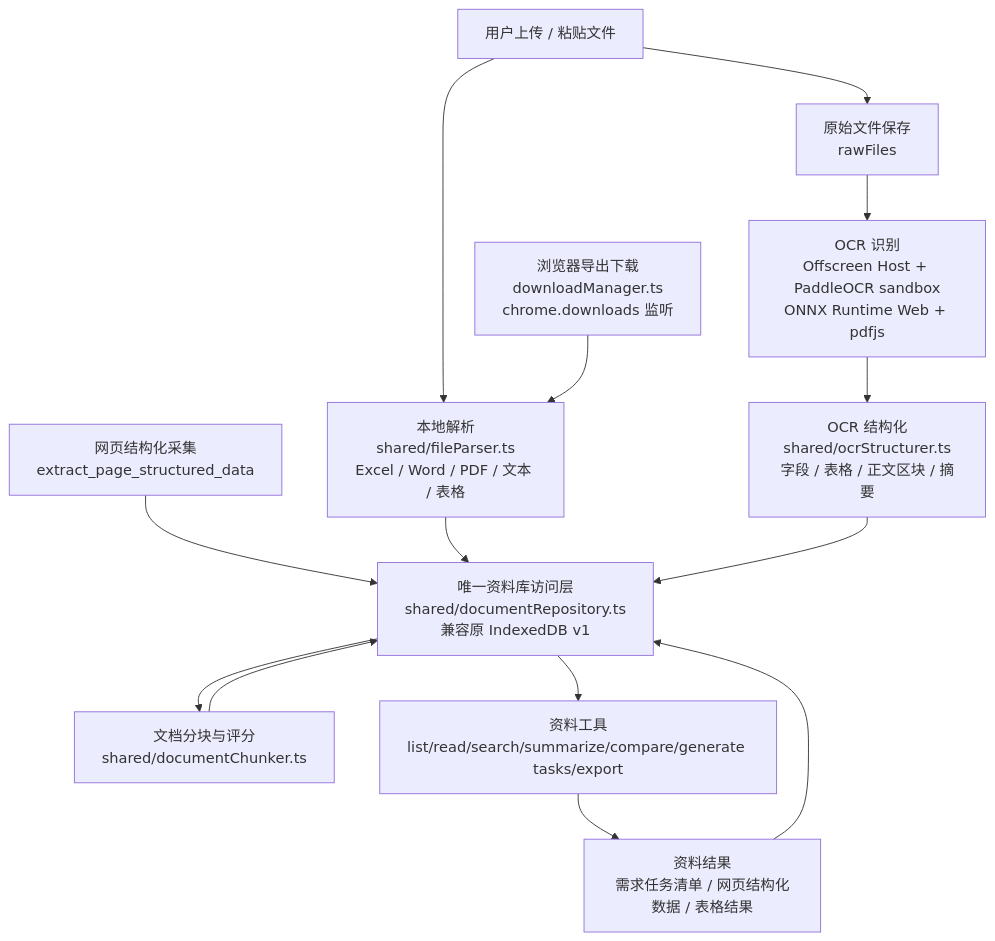
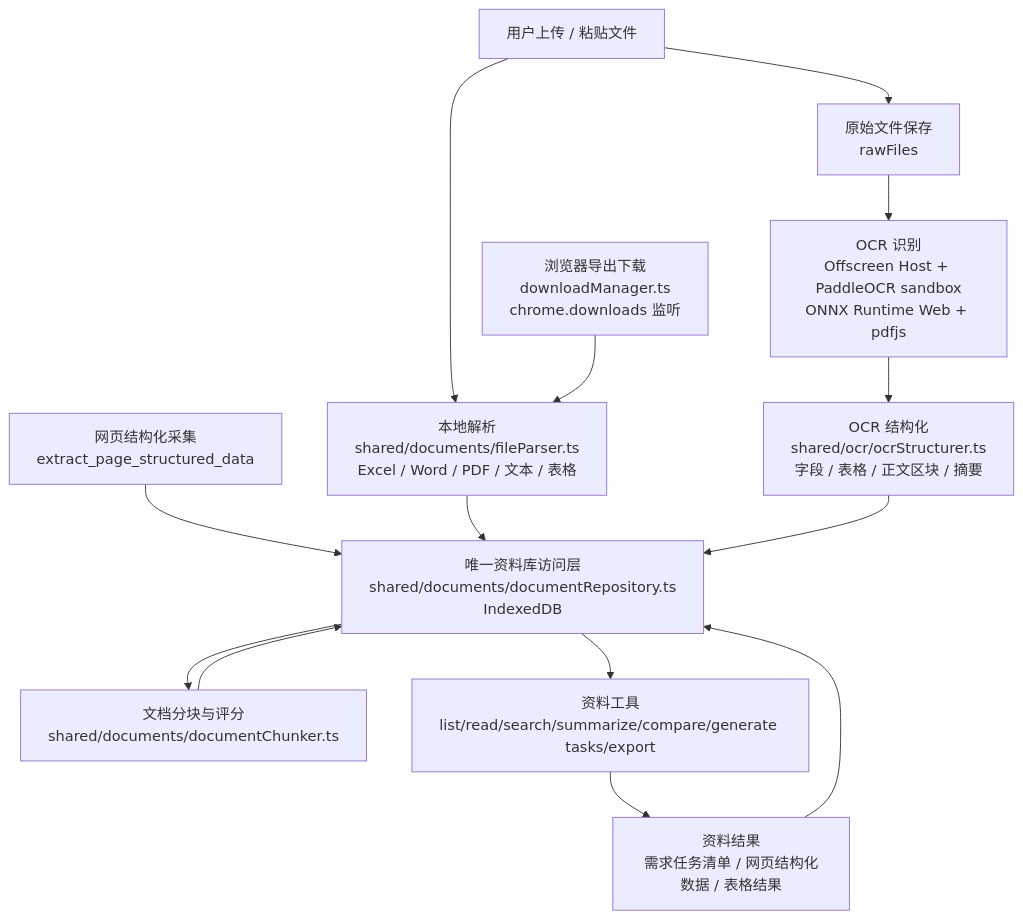
Before and after one commit to Clearlovesixteen/gancao-colipot: the sixth of 7 diagrams in docs/architecture.md, drawn with Mermaid. The commit also changed other lines of this file and 266 other files, not shown here.

````diff
--- a/docs/architecture.md
+++ b/docs/architecture.md
@@ -275,28 +318,28 @@
 ```mermaid
 flowchart TB
   Upload["用户上传 / 粘贴文件"]
-  LocalParse["本地解析<br/>shared/fileParser.ts<br/>Excel / Word / PDF / 文本 / 表格"]
+  LocalParse["本地解析<br/>shared/documents/fileParser.ts<br/>Excel / Word / PDF / 文本 / 表格"]
   RawFile["原始文件保存<br/>rawFiles"]
   OCR["OCR 识别<br/>Offscreen Host + PaddleOCR sandbox<br/>ONNX Runtime Web + pdfjs"]
-  OCRStruct["OCR 结构化<br/>shared/ocrStructurer.ts<br/>字段 / 表格 / 正文区块 / 摘要"]
+  OCRStruct["OCR 结构化<br/>shared/ocr/ocrStructurer.ts<br/>字段 / 表格 / 正文区块 / 摘要"]
   WebCapture["网页结构化采集<br/>extract_page_structured_data"]
   Download["浏览器导出下载<br/>downloadManager.ts<br/>chrome.downloads 监听"]
-  Store["唯一资料库访问层<br/>shared/documentRepository.ts<br/>兼容原 IndexedDB v1"]
-  Chunk["文档分块与评分<br/>shared/documentChunker.ts"]
+  Store["唯一资料库访问层<br/>shared/documents/documentRepository.ts<br/>IndexedDB"]
+  Chunk["文档分块与评分<br/>shared/documents/documentChunker.ts"]
   Tools["资料工具<br/>list/read/search/summarize/compare/generate tasks/export"]
   Results["资料结果<br/>需求任务清单 / 网页结构化数据 / 表格结果"]
 
   Upload --> LocalParse
   Upload --> RawFile
   RawFile --> OCR
   OCR --> OCRStruct
   Download --> LocalParse
   WebCapture --> Store
   LocalParse --> Store
   OCRStruct --> Store
   Store --> Chunk
   Chunk --> Store
   Store --> Tools
   Tools --> Results
   Results --> Store
 ```
````
